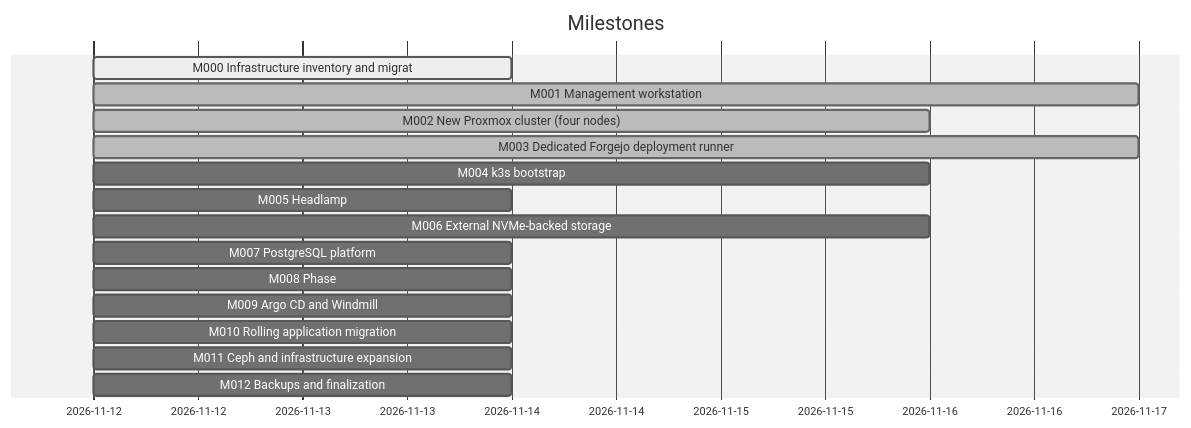
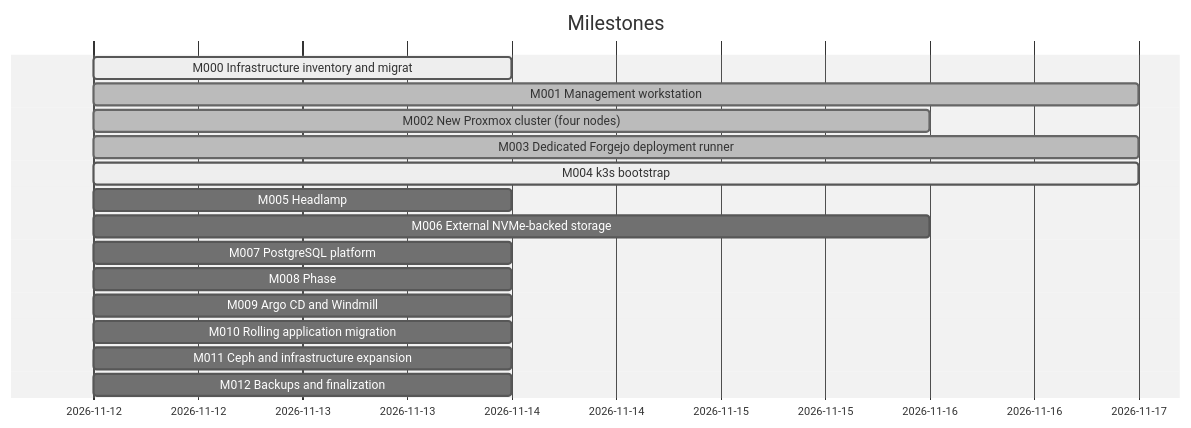
One commit to doku-code/homelab-iac changed the diagram in docs/dashboard.md. Above: the diagram before and after it, drawn with Mermaid (neutral theme). The commit also changed other lines of this file and 22 other files, not shown here.

````diff
--- a/docs/dashboard.md
+++ b/docs/dashboard.md
@@ -35,18 +35,18 @@
 ```mermaid
 gantt
     dateFormat YYYY-MM-DD
     title Milestones
     M000 Infrastructure inventory and migrat :active, m000, 2026-11-12, 2026-11-14
     M001 Management workstation :done, m001, 2026-11-12, 2026-11-17
     M002 New Proxmox cluster (four nodes) :done, m002, 2026-11-12, 2026-11-16
     M003 Dedicated Forgejo deployment runner :done, m003, 2026-11-12, 2026-11-17
-    M004 k3s bootstrap :m004, 2026-11-12, 2026-11-16
+    M004 k3s bootstrap :active, m004, 2026-11-12, 2026-11-17
     M005 Headlamp :m005, 2026-11-12, 2026-11-14
     M006 External NVMe-backed storage :m006, 2026-11-12, 2026-11-16
     M007 PostgreSQL platform :m007, 2026-11-12, 2026-11-14
     M008 Phase :m008, 2026-11-12, 2026-11-14
     M009 Argo CD and Windmill :m009, 2026-11-12, 2026-11-14
     M010 Rolling application migration :m010, 2026-11-12, 2026-11-14
     M011 Ceph and infrastructure expansion :m011, 2026-11-12, 2026-11-14
     M012 Backups and finalization :m012, 2026-11-12, 2026-11-14
 ```
````
